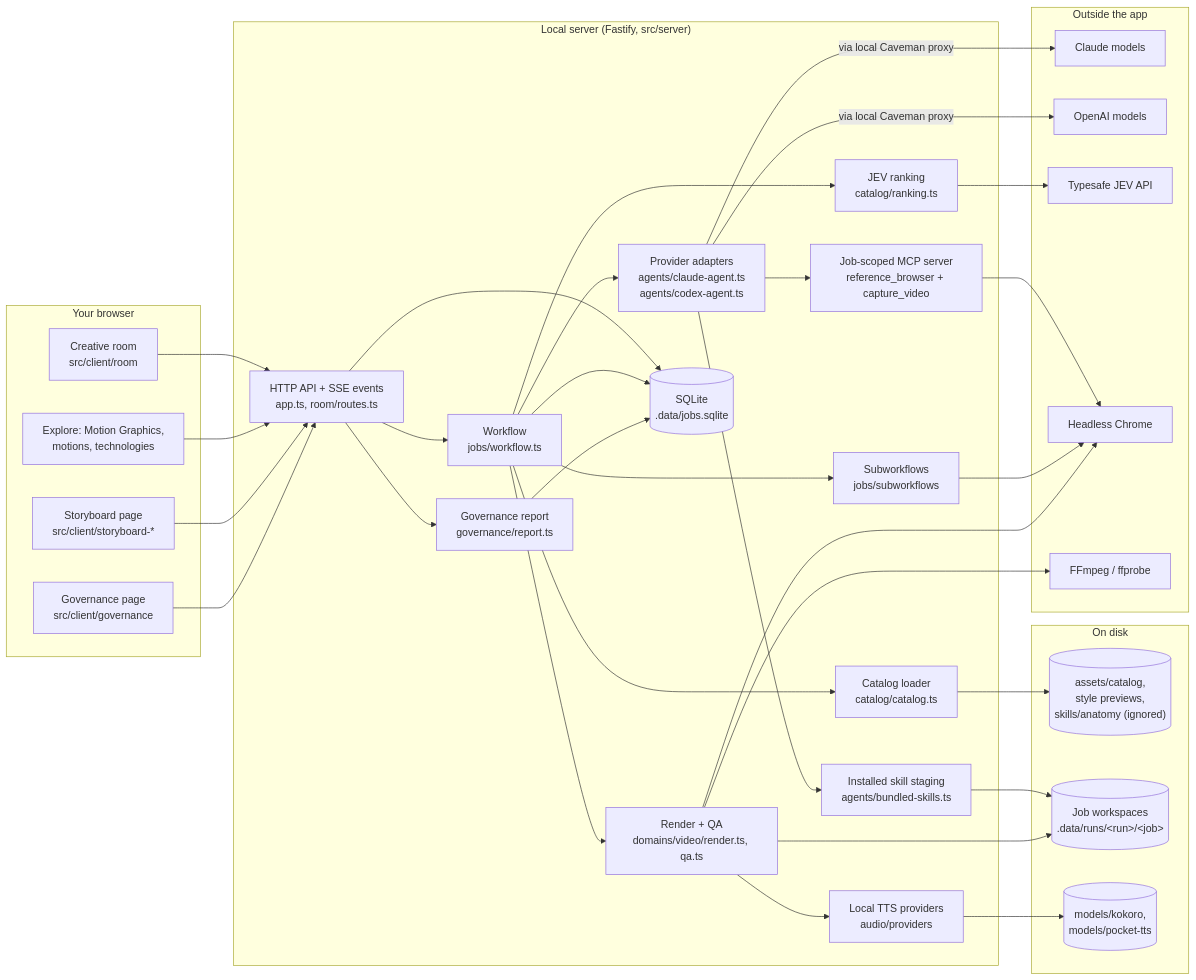
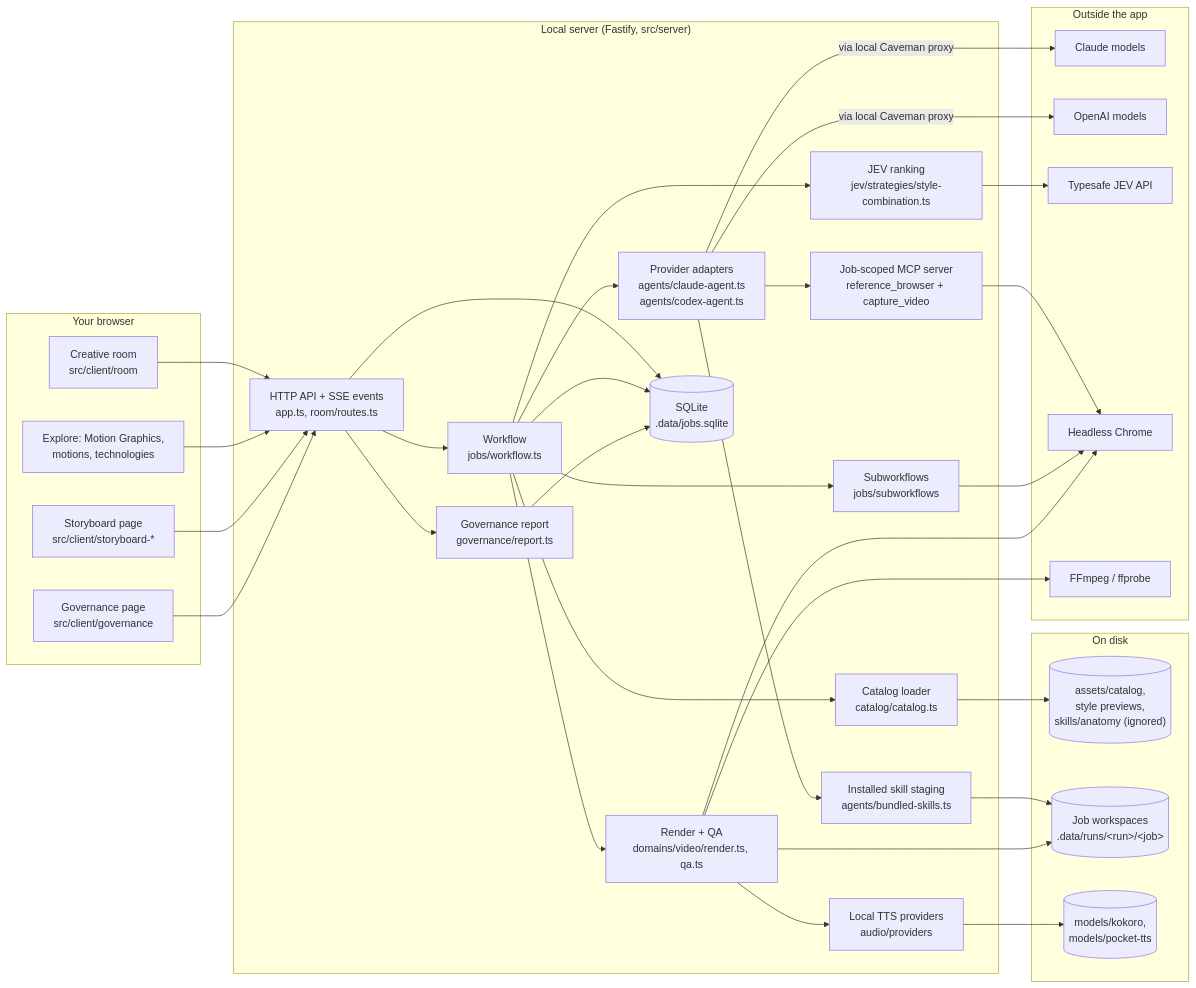
Before and after one commit to delexw/kiteva: the first of 4 diagrams in docs/architecture.md, drawn with Mermaid. The commit also changed other lines of this file and 209 other files, not shown here.

````diff
--- a/docs/architecture.md
+++ b/docs/architecture.md
@@ -16,67 +16,67 @@
 ```mermaid
 flowchart LR
   subgraph Browser["Your browser"]
     Room["Creative room<br/>src/client/room"]
     Galleries["Explore: Motion Graphics,<br/>motions, technologies"]
     Storyboard["Storyboard page<br/>src/client/storyboard-*"]
     Gov["Governance page<br/>src/client/governance"]
   end
 
   subgraph Server["Local server (Fastify, src/server)"]
     API["HTTP API + SSE events<br/>app.ts, room/routes.ts"]
     WF["Workflow<br/>jobs/workflow.ts"]
     Sub["Subworkflows<br/>jobs/subworkflows"]
     Catalog["Catalog loader<br/>catalog/catalog.ts"]
-    Rank["JEV ranking<br/>catalog/ranking.ts"]
+    Rank["JEV ranking<br/>jev/strategies/style-combination.ts"]
     Providers["Provider adapters<br/>agents/claude-agent.ts<br/>agents/codex-agent.ts"]
     Skills["Installed skill staging<br/>agents/bundled-skills.ts"]
     RefMCP["Job-scoped MCP server<br/>reference_browser + capture_video"]
     Render["Render + QA<br/>domains/video/render.ts, qa.ts"]
     Speech["Local TTS providers<br/>audio/providers"]
     Store[("SQLite<br/>.data/jobs.sqlite")]
     GovR["Governance report<br/>governance/report.ts"]
   end
 
   subgraph Local["On disk"]
     Assets[("assets/catalog,<br/>style previews,<br/>skills/anatomy (ignored)")]
     Work[("Job workspaces<br/>.data/runs/&lt;run&gt;/&lt;job&gt;")]
     Models[("models/kokoro,<br/>models/pocket-tts")]
   end
 
   subgraph External["Outside the app"]
     Claude["Claude models"]
     Codex["OpenAI models"]
     JEV["Typesafe JEV API"]
     Chrome["Headless Chrome"]
     FF["FFmpeg / ffprobe"]
   end
 
   Room --> API
   Galleries --> API
   Storyboard --> API
   Gov --> API
   API --> WF
   API --> Store
   API --> GovR
   WF --> Catalog
   WF --> Rank
   WF --> Sub
   WF --> Providers
   WF --> Render
   WF --> Store
   Catalog --> Assets
   Providers --> Skills
   Skills --> Work
   Providers --> RefMCP
   Providers -- "via local Caveman proxy" --> Claude
   Providers -- "via local Caveman proxy" --> Codex
   Rank --> JEV
   RefMCP --> Chrome
   Sub --> Chrome
   Render --> Chrome
   Render --> FF
   Render --> Speech
   Speech --> Models
   Render --> Work
   GovR --> Store
 ```
````
